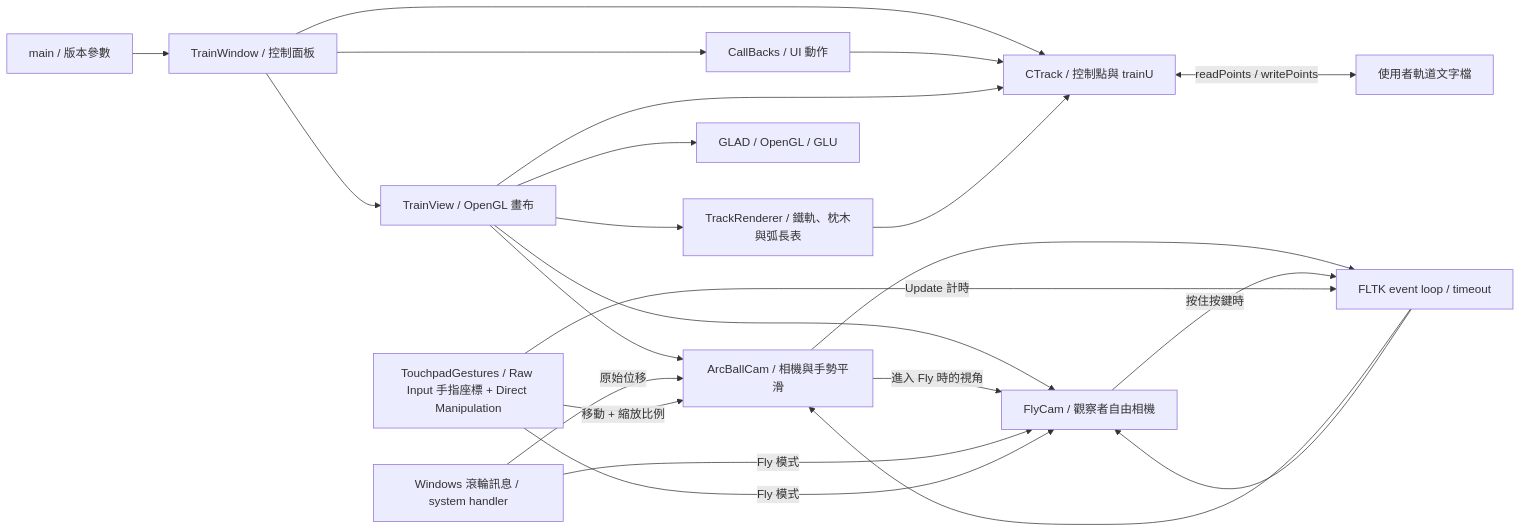
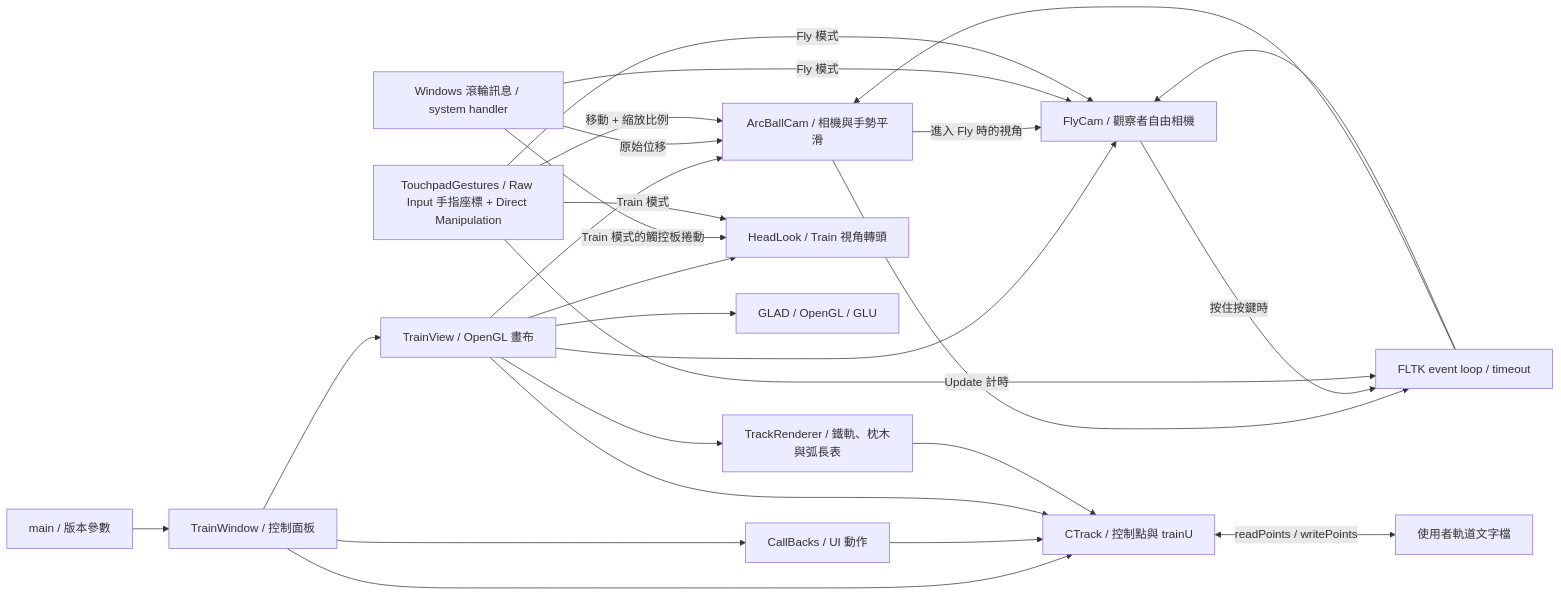
Before and after one commit to wj6wj6/RollerCoasters: the diagram in docs/architecture.md, drawn with Mermaid. The commit also changed other lines of this file and 9 other files, not shown here.

First line of the commit message:
feat(camera): let the rider turn their head in the Train view

````diff
--- a/docs/architecture.md
+++ b/docs/architecture.md
@@ -3,25 +3,28 @@
 ```mermaid
 flowchart LR
     Main[main / 版本參數] --> Window[TrainWindow / 控制面板]
     Window --> View[TrainView / OpenGL 畫布]
     Window --> Track[CTrack / 控制點與 trainU]
     Window --> Callbacks[CallBacks / UI 動作]
     Callbacks --> Track
     View --> Track
     View --> Rails[TrackRenderer / 鐵軌、枕木與弧長表]
     Rails --> Track
     View --> Camera[ArcBallCam / 相機與手勢平滑]
     View --> Fly[FlyCam / 觀察者自由相機]
+    View --> Head[HeadLook / Train 視角轉頭]
     Camera -->|進入 Fly 時的視角| Fly
     Camera --> Timer[FLTK event loop / timeout]
     Timer --> Camera
     Fly -->|按住按鍵時| Timer
     Timer --> Fly
     Wheel[Windows 滾輪訊息 / system handler] -->|原始位移| Camera
     Wheel -->|Fly 模式| Fly
     Touchpad[TouchpadGestures / Raw Input 手指座標 + Direct Manipulation] -->|移動 + 縮放比例| Camera
     Touchpad -->|Fly 模式| Fly
+    Wheel -->|Train 模式的觸控板捲動| Head
+    Touchpad -->|Train 模式| Head
     Touchpad -->|Update 計時| Timer
     Track <-->|readPoints / writePoints| File[使用者軌道文字檔]
     View --> GL[GLAD / OpenGL / GLU]
 ```
````
